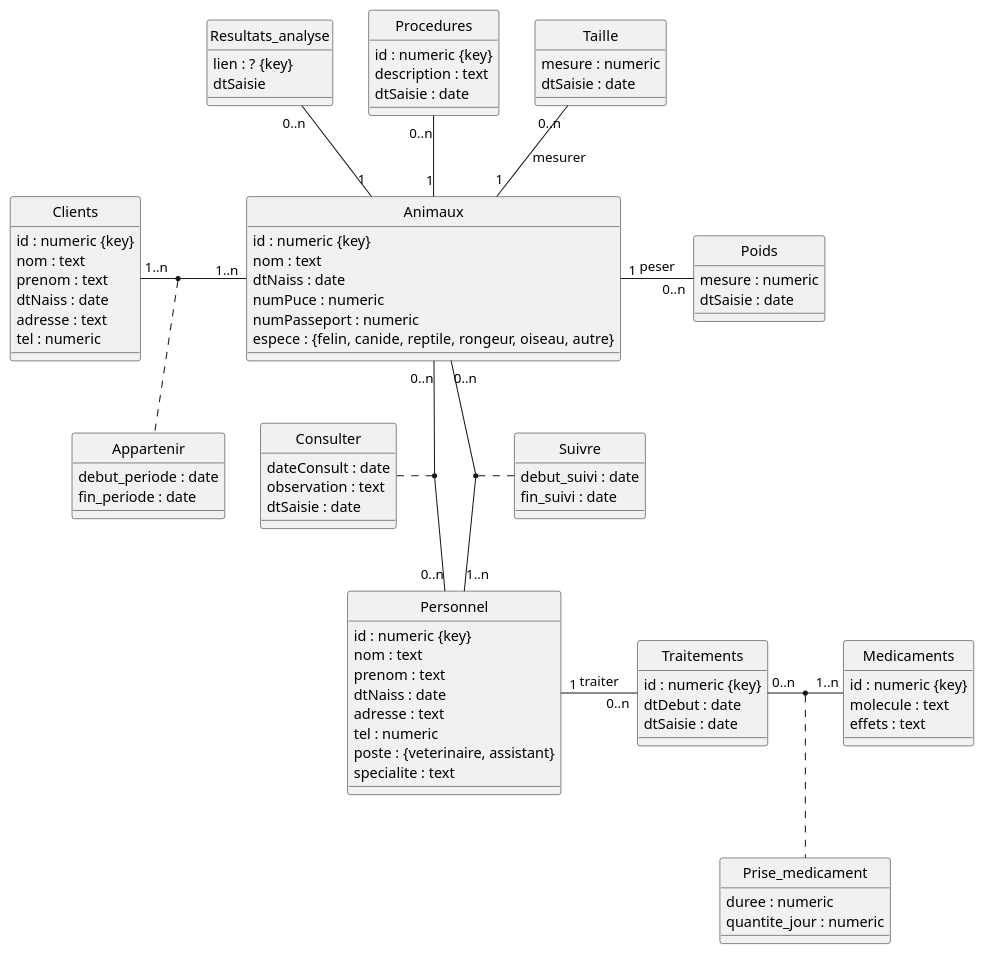
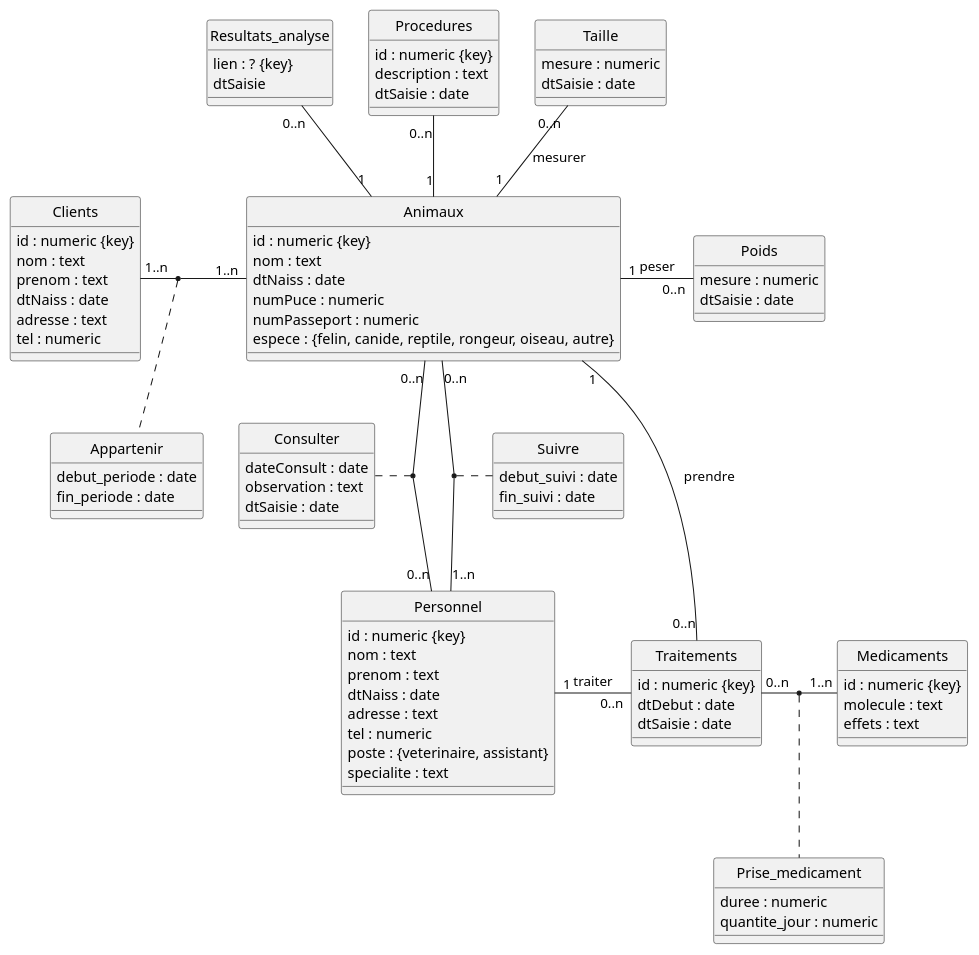
One commit to pltheoclement/nf18v2 changed the diagram in veto.plantuml. Above: the diagram before and after it, drawn with PlantUML.

```diff
--- a/veto.plantuml
+++ b/veto.plantuml
@@ -1,101 +1,102 @@
 @startuml
 hide circle
 
 class Animaux {
   id : numeric {key}
   nom : text
   dtNaiss : date
   numPuce : numeric
   numPasseport : numeric
   espece : {felin, canide, reptile, rongeur, oiseau, autre}
 }
 
 class Clients {
   id : numeric {key}
   nom : text
   prenom : text
   dtNaiss : date
   adresse : text
   tel : numeric
 }
 
 class Personnel {
   id : numeric {key}
   nom : text
   prenom : text
   dtNaiss : date
   adresse : text
   tel : numeric
   poste : {veterinaire, assistant}
   specialite : text
 }
 
 class Medicaments {
   id : numeric {key}
   molecule : text
   effets : text
 }
 
 class Traitements {
   id : numeric {key}
   dtDebut : date
   dtSaisie : date
 }
 
 class Resultats_analyse {
   lien : ? {key}
   dtSaisie
 }
 
 class Consulter {
   dateConsult : date
   observation : text
   dtSaisie : date
 }
 
 class Procedures {
   id : numeric {key}
   description : text
   dtSaisie : date
 }
 
 class Poids {
   mesure : numeric
   dtSaisie : date
 }
 
 class Taille {
   mesure : numeric
   dtSaisie : date
 }
 
 class Appartenir {
   debut_periode : date
   fin_periode : date
 }
 
 class Prise_medicament {
   duree : numeric
   quantite_jour : numeric
 }
 
 class Suivre {
   debut_suivi : date
   fin_suivi : date
 }
 
 Clients "1..n" - "1..n" Animaux
 (Animaux, Clients) .. Appartenir
 Animaux "0..n" - "0..n" Personnel
 (Animaux, Personnel) . Consulter
 Personnel "1" - "0..n" Traitements : traiter
 Animaux "0..n" -- "1..n" Personnel
 (Animaux, Personnel) . Suivre
 Animaux "1" - "0..n" Poids : peser
 Taille "0..n" -- "1" Animaux : mesurer
 Traitements "0..n" - "1..n" Medicaments
 (Medicaments, Traitements) .. Prise_medicament
 Resultats_analyse "0..n" -- "1" Animaux
 Procedures "0..n" -- "1" Animaux
+Animaux "1" -- "0..n" Traitements : prendre
 
 @enduml
```
